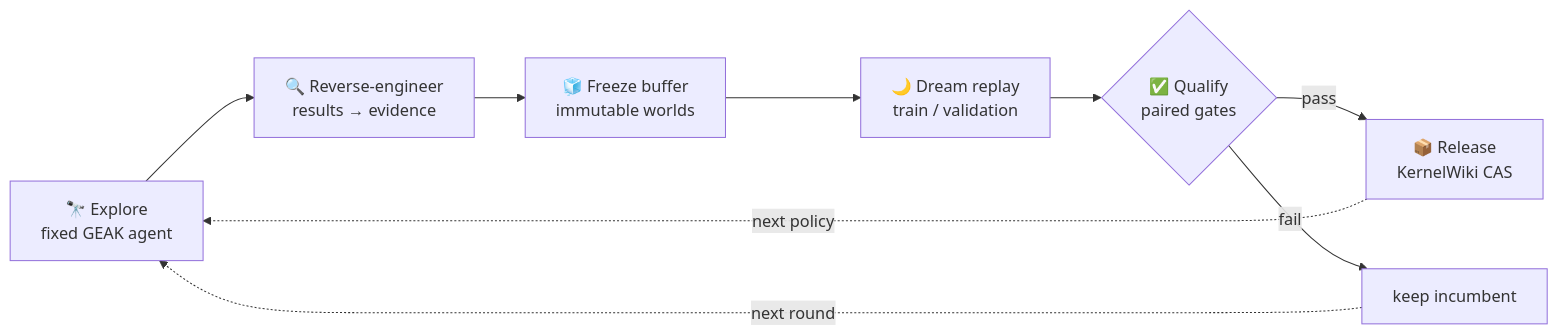
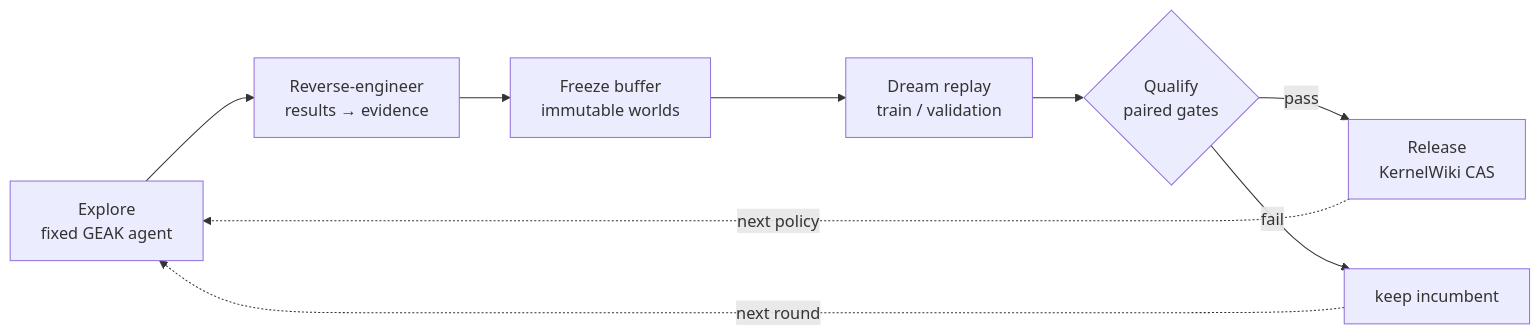
One commit to zepingl/KernelWiki-RSI changed the first of 2 diagrams in kernel_workflow/rsi/README.md. Above: the diagram before and after it, drawn with Mermaid. The commit also changed other lines of this file, not shown here.

Commit message:
docs(rsi): drop emoji from README for a plainer release style

````diff
--- a/kernel_workflow/rsi/README.md
+++ b/kernel_workflow/rsi/README.md
@@ -34,11 +34,11 @@
 ```mermaid
 flowchart LR
-    E["🔭 Explore<br/>fixed GEAK agent"] --> R["🔍 Reverse-engineer<br/>results → evidence"]
-    R --> B["🧊 Freeze buffer<br/>immutable worlds"]
-    B --> I["🌙 Dream replay<br/>train / validation"]
-    I --> Q{"✅ Qualify<br/>paired gates"}
-    Q -- pass --> P["📦 Release<br/>KernelWiki CAS"]
+    E["Explore<br/>fixed GEAK agent"] --> R["Reverse-engineer<br/>results → evidence"]
+    R --> B["Freeze buffer<br/>immutable worlds"]
+    B --> I["Dream replay<br/>train / validation"]
+    I --> Q{"Qualify<br/>paired gates"}
+    Q -- pass --> P["Release<br/>KernelWiki CAS"]
     Q -- fail --> K["keep incumbent"]
     P -. next policy .-> E
     K -. next round .-> E
 ```
````
